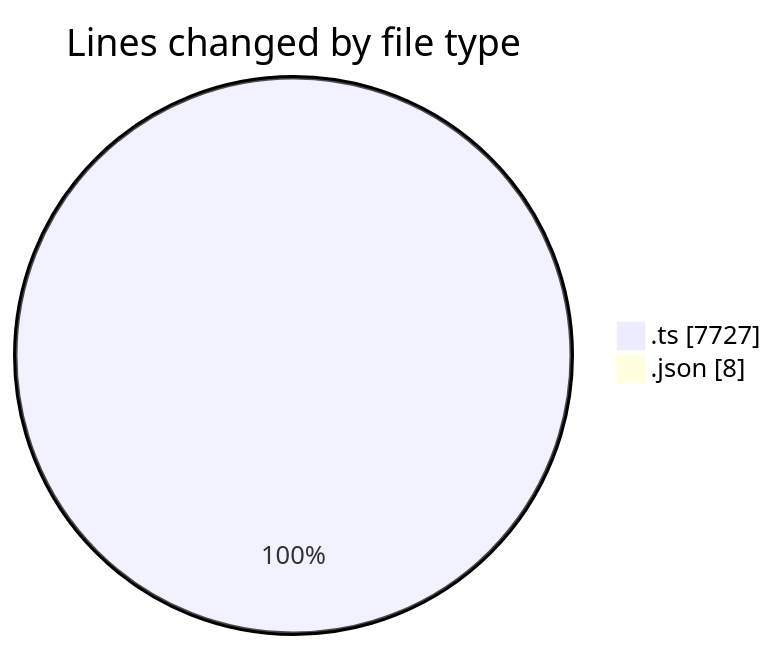
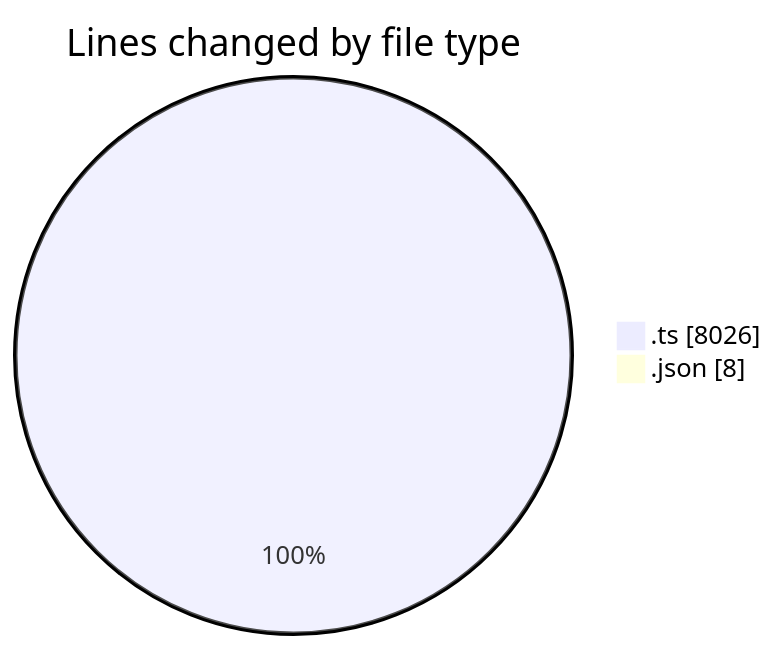
One commit to momahboobian/code-tracking changed the first of 2 diagrams in 2026-07-31/broadcaster-playout-dashboard/README.md. Above: the diagram before and after it, drawn with Mermaid. The commit also changed other lines of this file and 1 other file, not shown here.

````diff
--- a/2026-07-31/broadcaster-playout-dashboard/README.md
+++ b/2026-07-31/broadcaster-playout-dashboard/README.md
@@ -38,6 +40,6 @@
 ```mermaid
 pie showData
 title Lines changed by file type
-".ts" : 7727
+".ts" : 8026
 ".json" : 8
 ```
````
